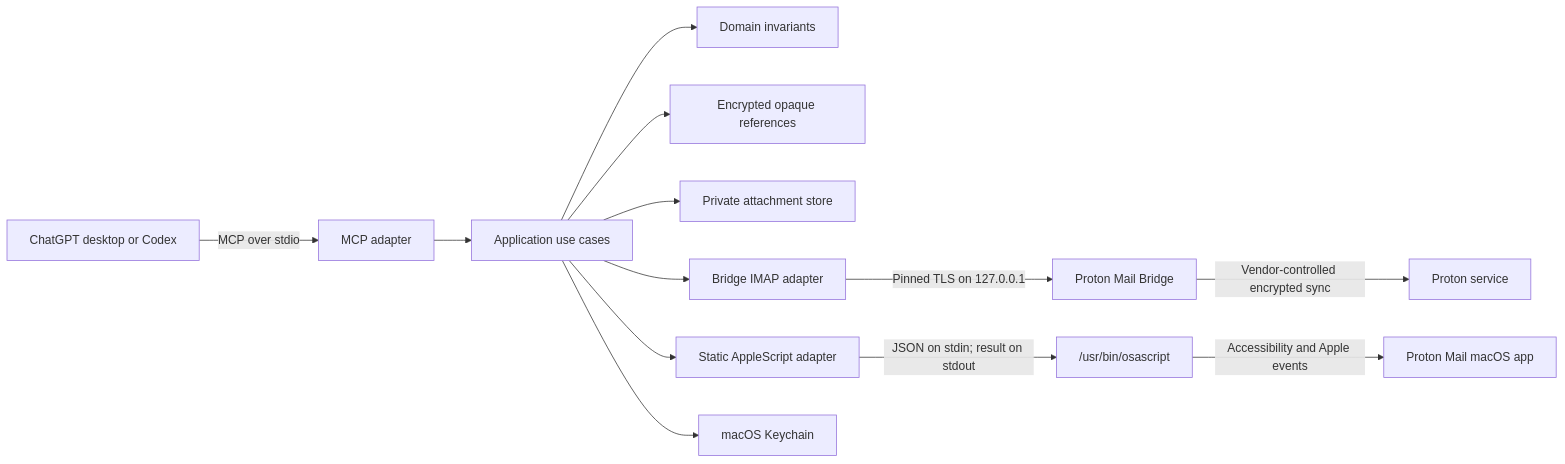
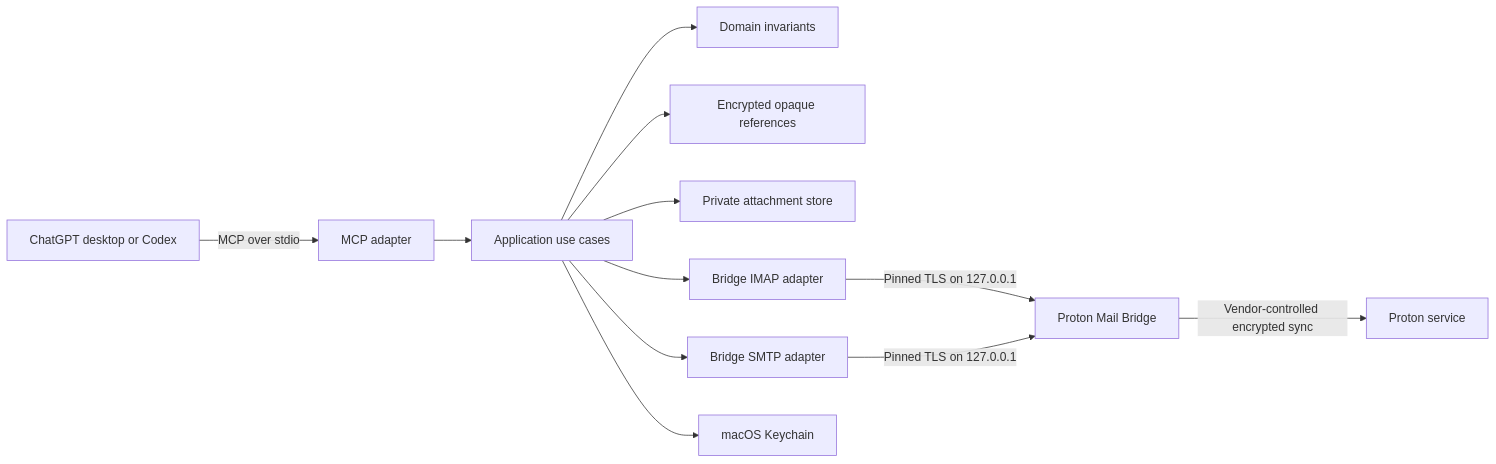
One commit to ryanpaulanderson/proton-mail-mac-mcp changed the first of 2 diagrams in docs/architecture.md. Above: the diagram before and after it, drawn with Mermaid. The commit also changed other lines of this file and 25 other files, not shown here.

First line of the commit message:
Replace UI sending with Proton Mail Bridge SMTP (#12)

````diff
--- a/docs/architecture.md
+++ b/docs/architecture.md
@@ -5,15 +5,14 @@
 ```mermaid
 flowchart LR
     Client["ChatGPT desktop or Codex"] -->|"MCP over stdio"| MCP["MCP adapter"]
     MCP --> App["Application use cases"]
     App --> Domain["Domain invariants"]
     App --> Refs["Encrypted opaque references"]
     App --> Files["Private attachment store"]
-    App --> Repo["Bridge IMAP adapter"]
-    Repo -->|"Pinned TLS on 127.0.0.1"| Bridge["Proton Mail Bridge"]
+    App --> IMAP["Bridge IMAP adapter"]
+    App --> SMTP["Bridge SMTP adapter"]
+    IMAP -->|"Pinned TLS on 127.0.0.1"| Bridge["Proton Mail Bridge"]
+    SMTP -->|"Pinned TLS on 127.0.0.1"| Bridge
     Bridge -->|"Vendor-controlled encrypted sync"| Proton["Proton service"]
-    App --> UI["Static AppleScript adapter"]
-    UI -->|"JSON on stdin; result on stdout"| OSA["/usr/bin/osascript"]
-    OSA -->|"Accessibility and Apple events"| MailApp["Proton Mail macOS app"]
     App --> Keychain["macOS Keychain"]
 ```
````
